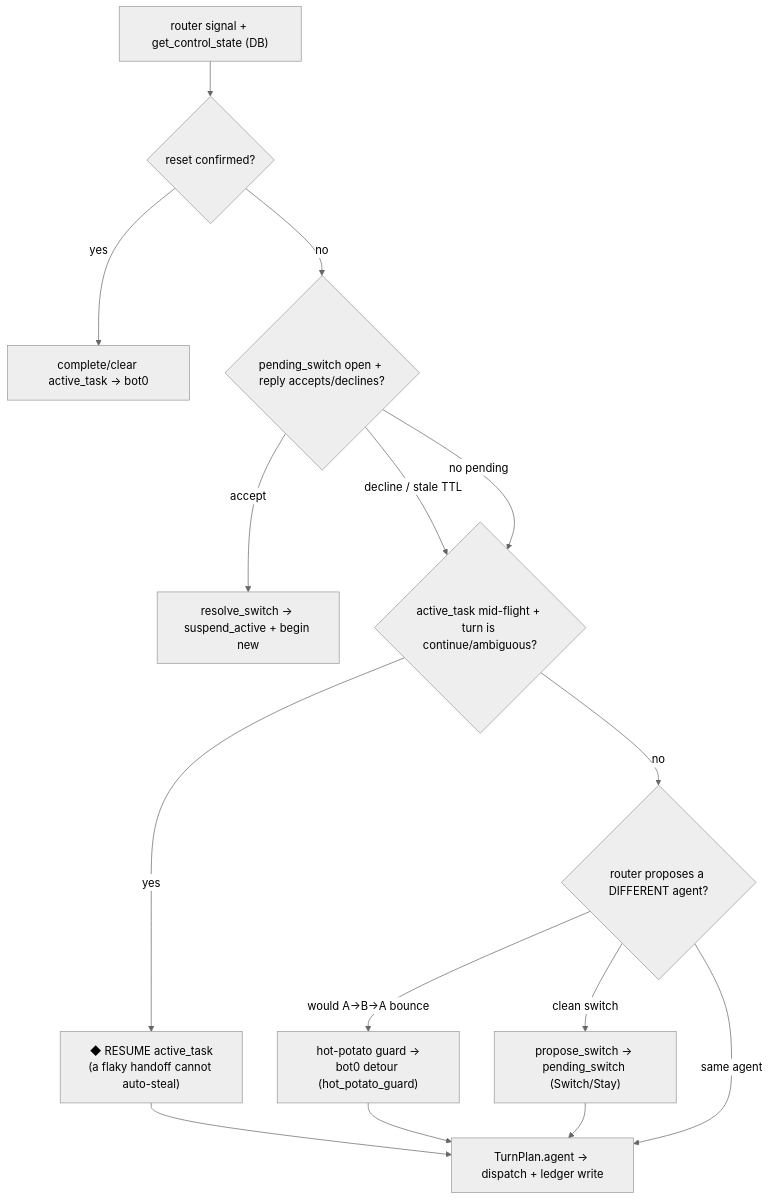
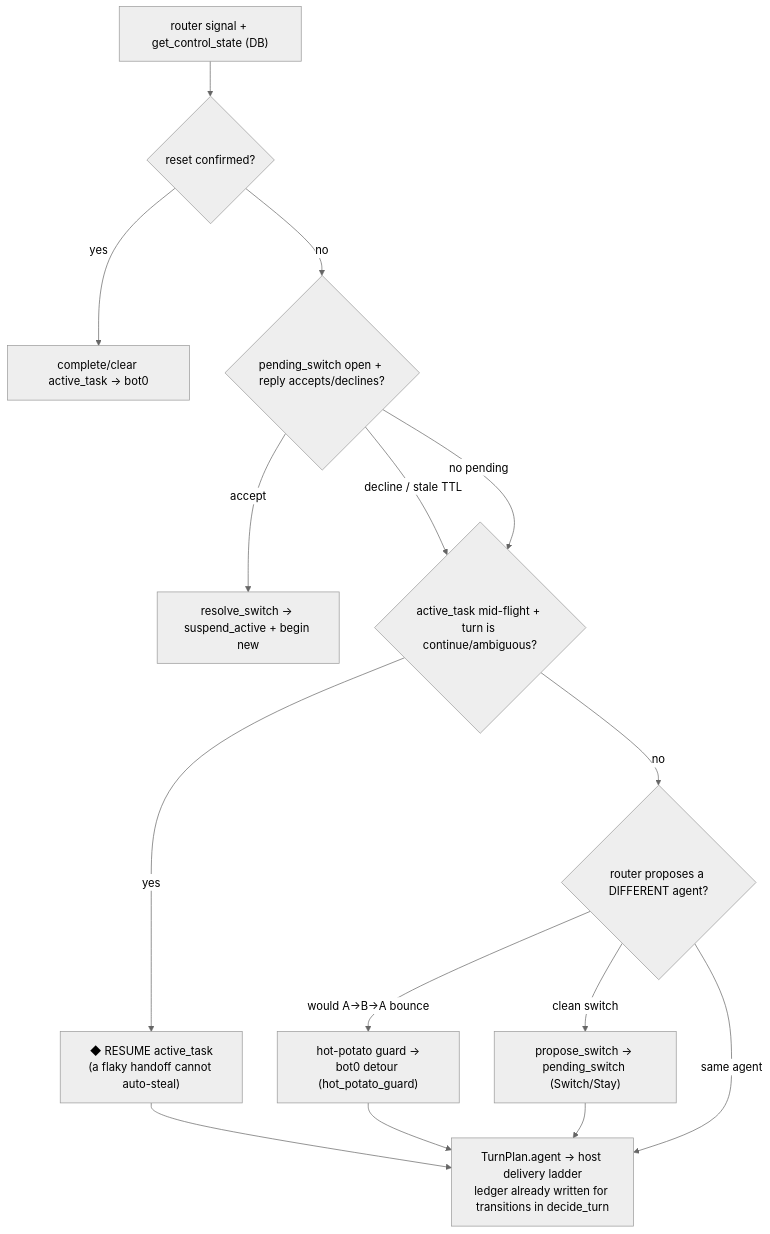
One commit to walidnegm/conversation-control-plane changed the fourth of 8 diagrams in docs/conversation-turn-lifecycle-diagram.md. Above: the diagram before and after it, drawn with Mermaid (neutral theme). The commit also changed other lines of this file, not shown here.

First line of the commit message:
docs(lifecycle): re-verify turn map against live chat/router path

````diff
--- a/docs/conversation-turn-lifecycle-diagram.md
+++ b/docs/conversation-turn-lifecycle-diagram.md
@@ -201,26 +200,26 @@
 ```mermaid
 flowchart TD
  IN["router signal + get_control_state (DB)"] --> C0
  C0{"reset confirmed?"}
  C0 -->|yes| RST["complete/clear active_task → bot0"]
  C0 -->|no| C1
 
  C1{"pending_switch open + reply accepts/declines?"}
  C1 -->|accept| SW["resolve_switch → suspend_active + begin new"]
  C1 -->|decline / stale TTL| C2
  C1 -->|no pending| C2
 
  C2{"active_task mid-flight + turn is continue/ambiguous?"}
  C2 -->|yes| RESUME["◆ RESUME active_task<br/>(a flaky handoff cannot auto-steal)"]
  C2 -->|no| C3
 
  C3{"router proposes a DIFFERENT agent?"}
  C3 -->|would A→B→A bounce| HP["hot-potato guard →<br/>bot0 detour (hot_potato_guard)"]
  C3 -->|clean switch| PROP["propose_switch → pending_switch (Switch/Stay)"]
  C3 -->|same agent| DISPATCH
 
  RESUME --> DISPATCH
  PROP --> DISPATCH
  HP --> DISPATCH
- DISPATCH["TurnPlan.agent → dispatch + ledger write"]
+ DISPATCH["TurnPlan.agent → host delivery ladder<br/>ledger already written for transitions in decide_turn"]
 ```
````
